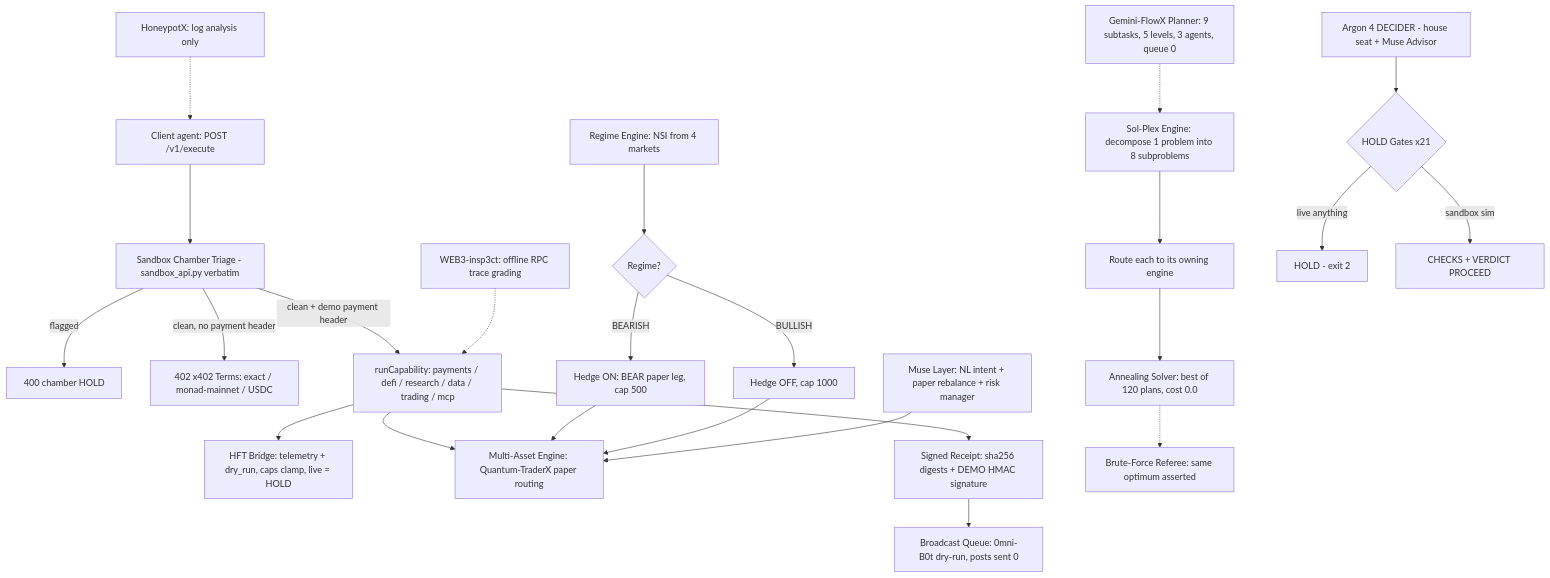
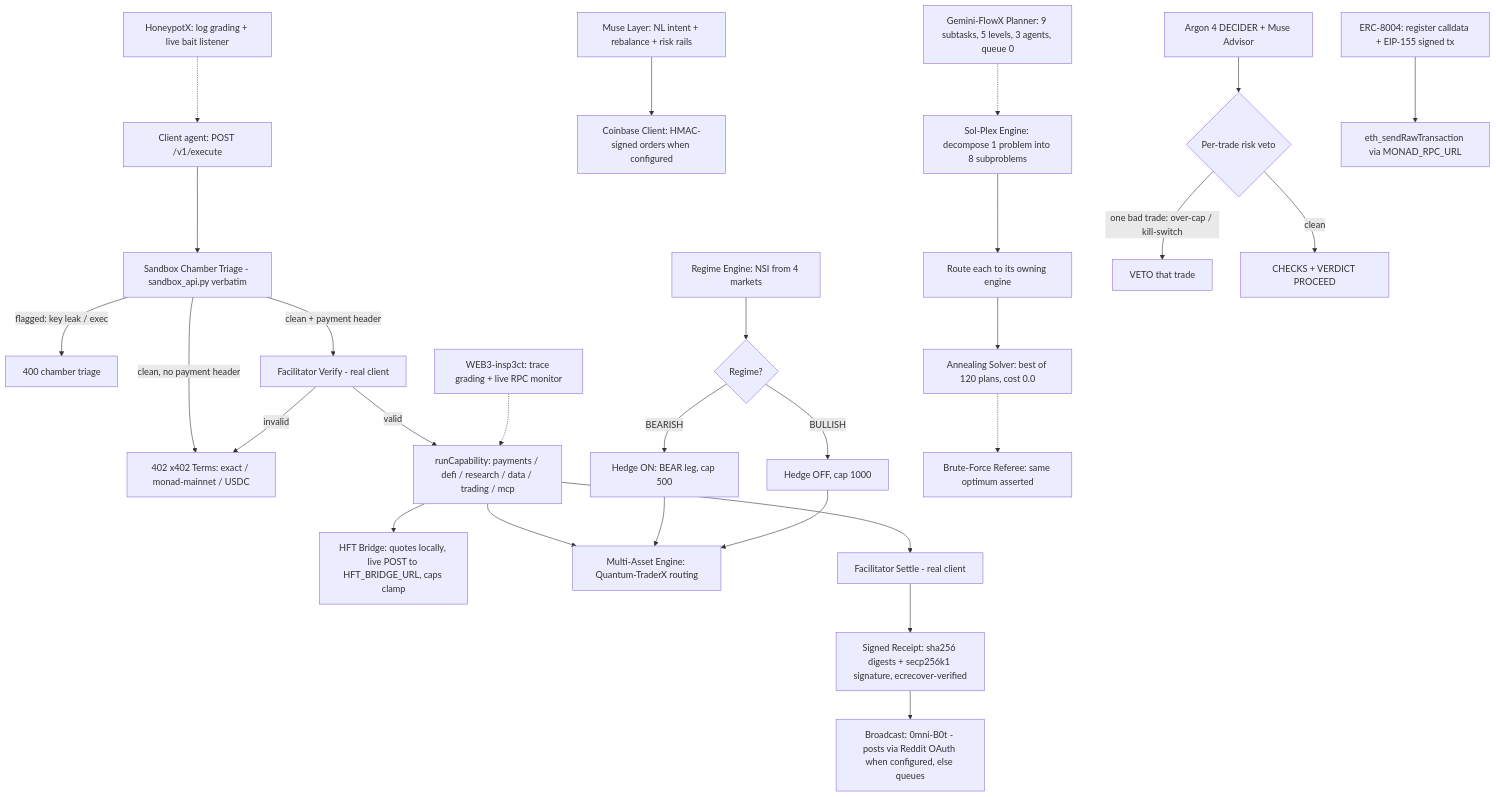
Before and after one commit to kimanicollier44-cmyk/omni-agent-traderx: the first of 6 diagrams in README.md, drawn with Mermaid. The commit also changed other lines of this file and 3 other files, not shown here.

Commit message:
omni-agent-traderx: FULLY FUNCTIONAL - real keccak/secp256k1 signing, x402 facilitator verify/settle, ERC-8004 registration tx, live HFT/Coinbase/Reddit/RPC paths, honeypot listener, live-status config gates (no HOLD stubs)

````diff
--- a/README.md
+++ b/README.md
@@ -122,26 +131,30 @@
 ```mermaid
 flowchart TD
     A[Client agent: POST /v1/execute] --> B[Sandbox Chamber Triage - sandbox_api.py verbatim]
-    B -->|flagged| C[400 chamber HOLD]
+    B -->|flagged: key leak / exec| C[400 chamber triage]
     B -->|clean, no payment header| D[402 x402 Terms: exact / monad-mainnet / USDC]
-    B -->|clean + demo payment header| E[runCapability: payments / defi / research / data / trading / mcp]
-    E --> F[HFT Bridge: telemetry + dry_run, caps clamp, live = HOLD]
-    E --> G[Multi-Asset Engine: Quantum-TraderX paper routing]
-    H[Regime Engine: NSI from 4 markets] --> I{Regime?}
-    I -->|BEARISH| J[Hedge ON: BEAR paper leg, cap 500]
-    I -->|BULLISH| K[Hedge OFF, cap 1000]
-    J --> G
-    K --> G
-    L[Muse Layer: NL intent + paper rebalance + risk manager] --> G
-    E --> M[Signed Receipt: sha256 digests + DEMO HMAC signature]
-    M --> N[Broadcast Queue: 0mni-B0t dry-run, posts sent 0]
-    O[HoneypotX: log analysis only] -.-> A
-    P[WEB3-insp3ct: offline RPC trace grading] -.-> E
-    U[Sol-Plex Engine: decompose 1 problem into 8 subproblems] --> V[Route each to its owning engine]
-    V --> W[Annealing Solver: best of 120 plans, cost 0.0]
-    W -.-> X[Brute-Force Referee: same optimum asserted]
-    Y[Gemini-FlowX Planner: 9 subtasks, 5 levels, 3 agents, queue 0] -.-> U
-    Q[Argon 4 DECIDER - house seat + Muse Advisor] --> R{HOLD Gates x21}
-    R -->|live anything| S[HOLD - exit 2]
-    R -->|sandbox sim| T[CHECKS + VERDICT PROCEED]
+    B -->|clean + payment header| E[Facilitator Verify - real client]
+    E -->|valid| F[runCapability: payments / defi / research / data / trading / mcp]
+    E -->|invalid| D
+    F --> G[HFT Bridge: quotes locally, live POST to HFT_BRIDGE_URL, caps clamp]
+    F --> H[Multi-Asset Engine: Quantum-TraderX routing]
+    I[Regime Engine: NSI from 4 markets] --> J{Regime?}
+    J -->|BEARISH| K[Hedge ON: BEAR leg, cap 500]
+    J -->|BULLISH| L[Hedge OFF, cap 1000]
+    K --> H
+    L --> H
+    M[Muse Layer: NL intent + rebalance + risk rails] --> N[Coinbase Client: HMAC-signed orders when configured]
+    F --> O[Facilitator Settle - real client]
+    O --> P[Signed Receipt: sha256 digests + secp256k1 signature, ecrecover-verified]
+    P --> Q[Broadcast: 0mni-B0t - posts via Reddit OAuth when configured, else queues]
+    R[HoneypotX: log grading + live bait listener] -.-> A
+    S[WEB3-insp3ct: trace grading + live RPC monitor] -.-> F
+    T[Sol-Plex Engine: decompose 1 problem into 8 subproblems] --> U[Route each to its owning engine]
+    U --> V[Annealing Solver: best of 120 plans, cost 0.0]
+    V -.-> W[Brute-Force Referee: same optimum asserted]
+    X[Gemini-FlowX Planner: 9 subtasks, 5 levels, 3 agents, queue 0] -.-> T
+    Y[Argon 4 DECIDER + Muse Advisor] --> Z{Per-trade risk veto}
+    Z -->|one bad trade: over-cap / kill-switch| ZA[VETO that trade]
+    Z -->|clean| ZB[CHECKS + VERDICT PROCEED]
+    AA[ERC-8004: register calldata + EIP-155 signed tx] --> AB[eth_sendRawTransaction via MONAD_RPC_URL]
 ```
````
